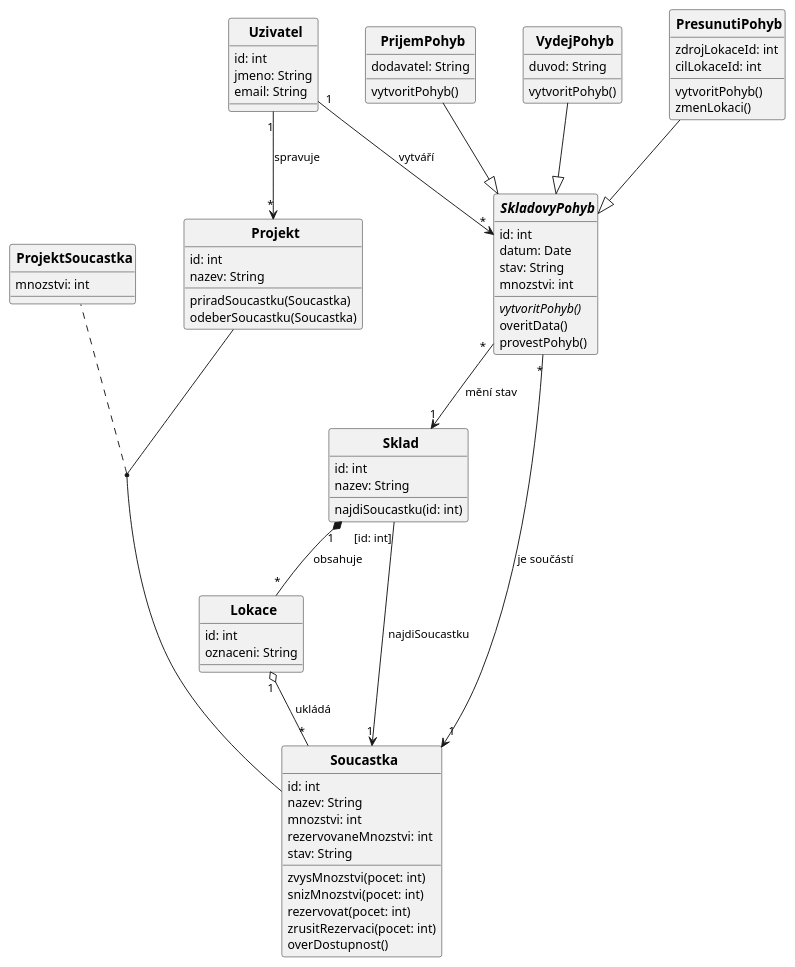
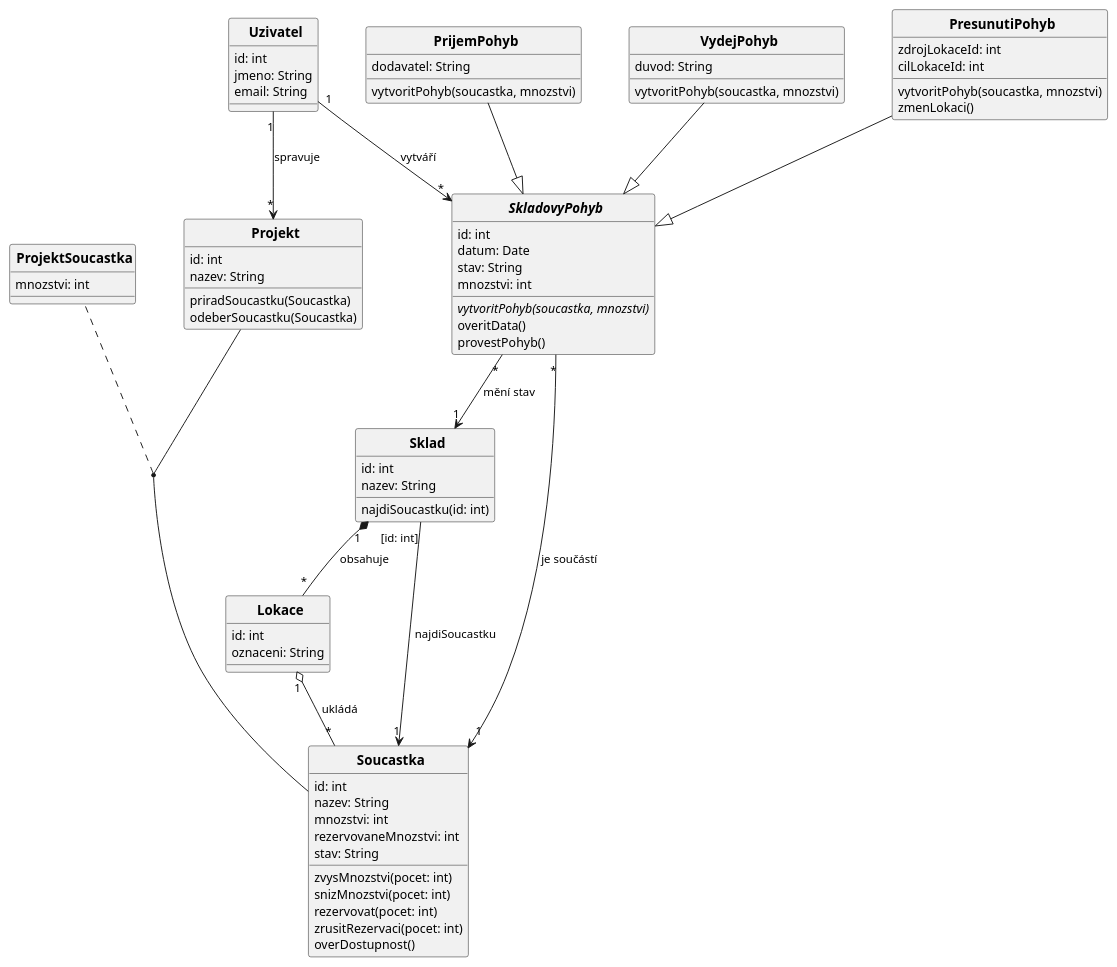
One commit to lkvapil/kOdevzdaniProjektWMS changed the diagram in diagrams/02_class_diagram.puml. Above: the diagram before and after it, drawn with PlantUML. The commit also changed 3 other files, not shown here.

Commit message:
Konzistence – parametry vytvoritPohyb(soucastka, mnozstvi) všude

```diff
--- a/diagrams/02_class_diagram.puml
+++ b/diagrams/02_class_diagram.puml
@@ -1,105 +1,105 @@
 @startuml
 top to bottom direction
 skinparam CircledCharacterRadius 0
 skinparam CircledCharacterFontSize 0
 skinparam defaultFontSize 13
 skinparam classFontSize 14
 skinparam classFontStyle bold
 skinparam ArrowFontSize 12
 skinparam nodesep 50
 skinparam ranksep 60
 
 class Uzivatel {
   id: int
   jmeno: String
   email: String
 }
 
 class PrijemPohyb {
   dodavatel: String
-  vytvoritPohyb()
+  vytvoritPohyb(soucastka, mnozstvi)
 }
 
 class VydejPohyb {
   duvod: String
-  vytvoritPohyb()
+  vytvoritPohyb(soucastka, mnozstvi)
 }
 
 class PresunutiPohyb {
   zdrojLokaceId: int
   cilLokaceId: int
-  vytvoritPohyb()
+  vytvoritPohyb(soucastka, mnozstvi)
   zmenLokaci()
 }
 
 abstract class SkladovyPohyb {
   id: int
   datum: Date
   stav: String
   mnozstvi: int
-  {abstract} vytvoritPohyb()
+  {abstract} vytvoritPohyb(soucastka, mnozstvi)
   overitData()
   provestPohyb()
 }
 
 class Projekt {
   id: int
   nazev: String
   priradSoucastku(Soucastka)
   odeberSoucastku(Soucastka)
 }
 
 class ProjektSoucastka {
   mnozstvi: int
 }
 
 class Sklad {
   id: int
   nazev: String
   najdiSoucastku(id: int)
 }
 
 class Lokace {
   id: int
   oznaceni: String
 }
 
 class Soucastka {
   id: int
   nazev: String
   mnozstvi: int
   rezervovaneMnozstvi: int
   stav: String
   zvysMnozstvi(pocet: int)
   snizMnozstvi(pocet: int)
   rezervovat(pocet: int)
   zrusitRezervaci(pocet: int)
   overDostupnost()
 }
 
 ' ── Generalizace ──────────────────────────────────────────────────────────────
 PrijemPohyb    --|> SkladovyPohyb
 VydejPohyb     --|> SkladovyPohyb
 PresunutiPohyb --|> SkladovyPohyb
 
 ' ── Atribut spojení ───────────────────────────────────────────────────────────
 (Projekt, Soucastka) .. ProjektSoucastka
 Projekt -[hidden]left- ProjektSoucastka
 
 ' ── Kvalifikovaná vazba ───────────────────────────────────────────────────────
 Sklad "[id: int]" --> "1" Soucastka : najdiSoucastku
 
 ' ── Asociace ──────────────────────────────────────────────────────────────────
 SkladovyPohyb "*" --> "1" Soucastka     : je součástí
 Sklad         "1" *-- "*" Lokace        : obsahuje
 Lokace        "1" o-- "*" Soucastka     : ukládá
 SkladovyPohyb "*" --> "1" Sklad         : mění stav
 Uzivatel      "1" --> "*" SkladovyPohyb : vytváří
 Uzivatel      "1" --> "*" Projekt       : spravuje
 
 ' ── Layout ────────────────────────────────────────────────────────────────────
 Uzivatel    -[hidden]right- PrijemPohyb
 PrijemPohyb -[hidden]right- VydejPohyb
 VydejPohyb  -[hidden]right- PresunutiPohyb
 
 @enduml
```
